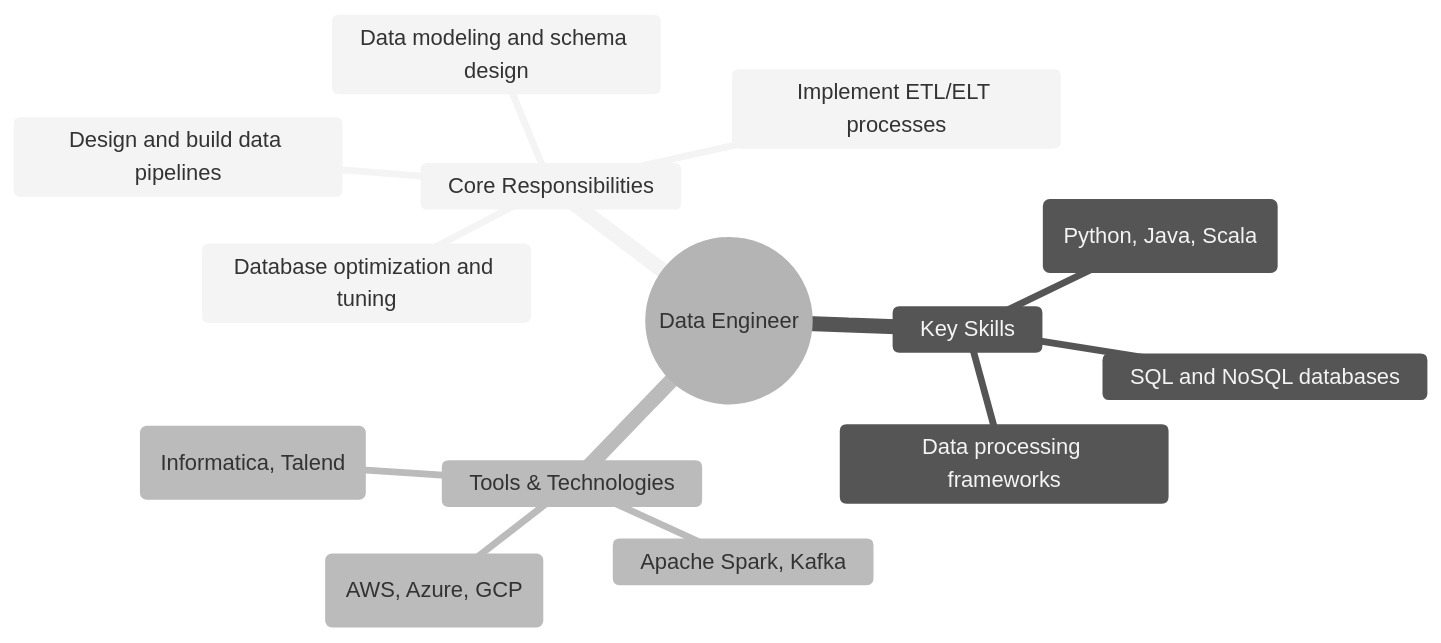
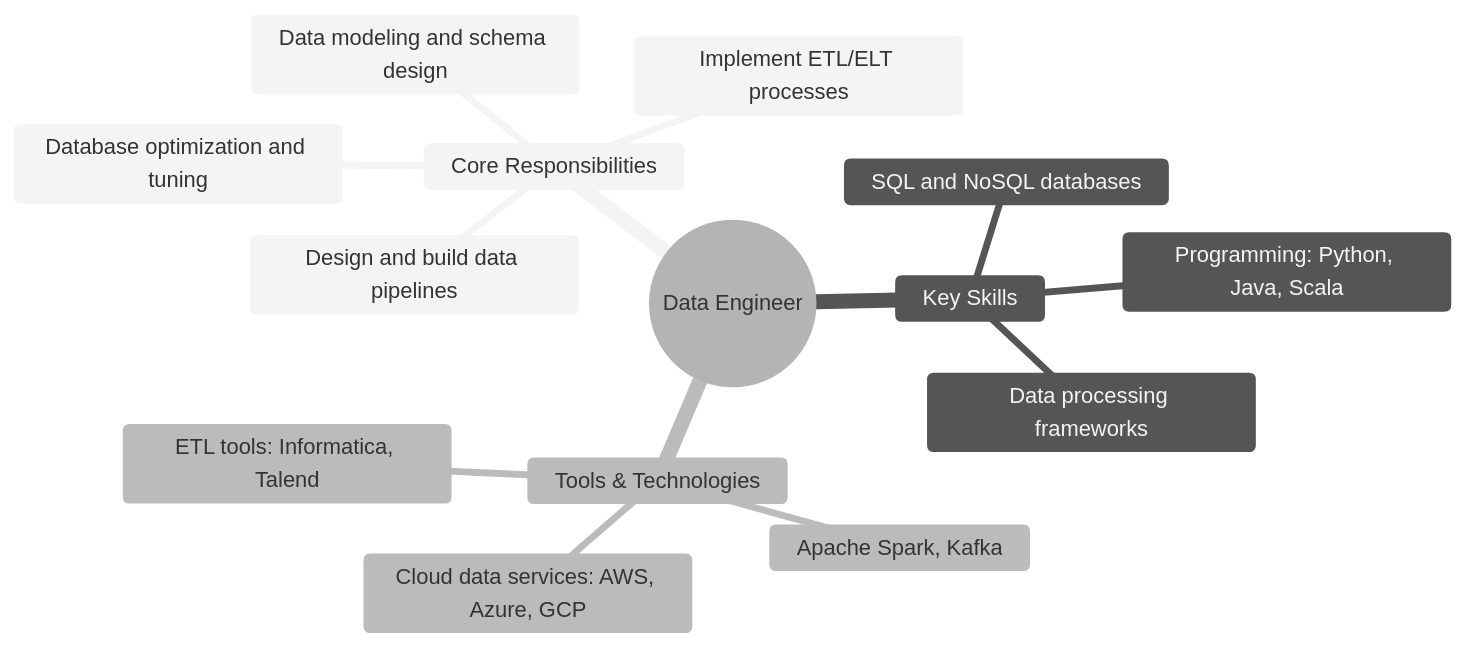
One commit to tinitiateprime/tinitiate-data-engineering changed the fourth of 10 diagrams in introduction.md. Above: the diagram before and after it, drawn with Mermaid (neutral theme). The commit also changed other lines of this file and 15 other files, not shown here.

````diff
--- a/introduction.md
+++ b/introduction.md
@@ -103,17 +103,17 @@
 ```mermaid
 mindmap
   root((Data Engineer))
     Core Responsibilities
       Design and build data pipelines
       Implement ETL/ELT processes
       Data modeling and schema design
       Database optimization and tuning
     Key Skills
       SQL and NoSQL databases
-      Programming (Python, Java, Scala)
+      Programming: Python, Java, Scala
       Data processing frameworks
     Tools & Technologies
       Apache Spark, Kafka
-      Cloud data services (AWS, Azure, GCP)
-      ETL tools (Informatica, Talend)
+      Cloud data services: AWS, Azure, GCP
+      ETL tools: Informatica, Talend
 ```
````
